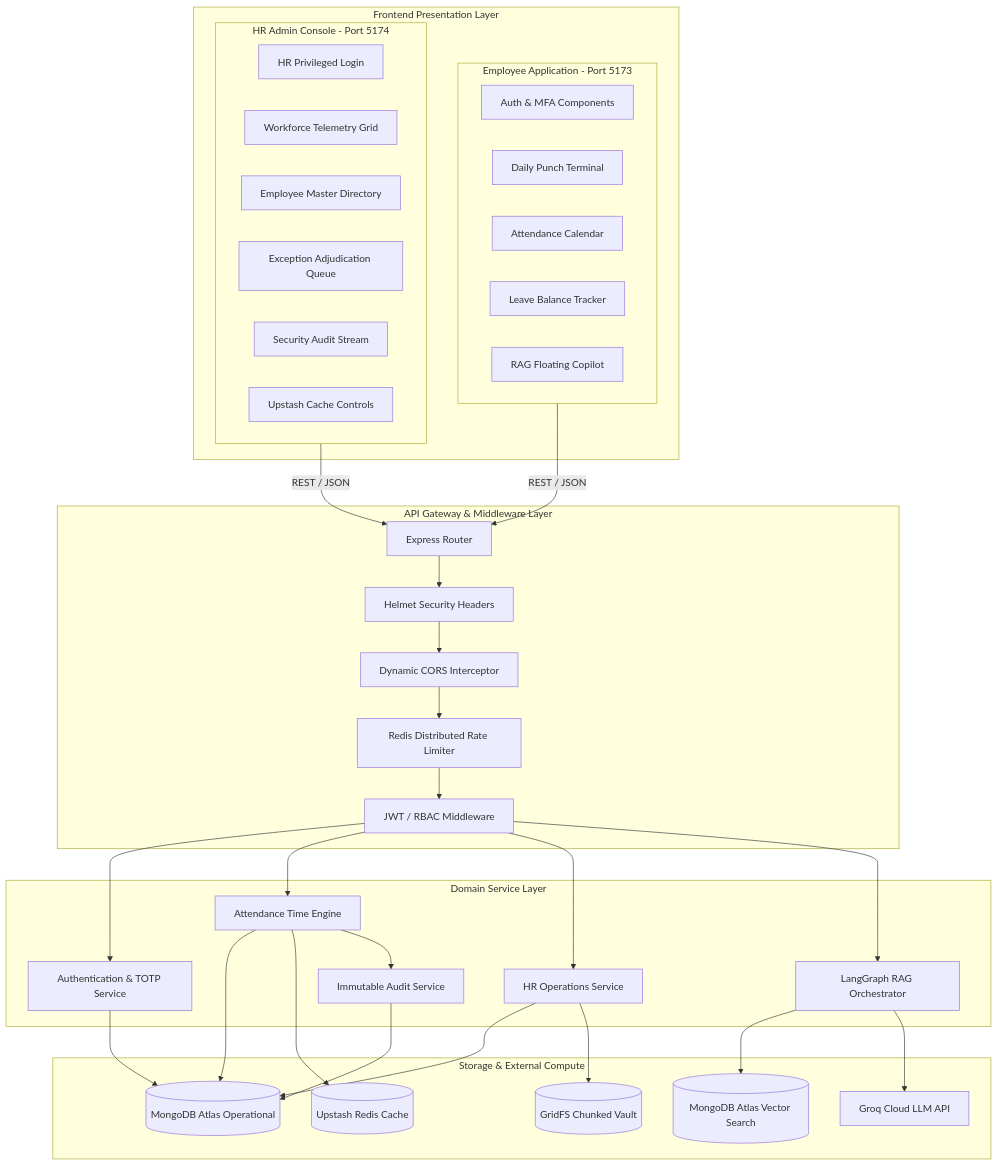
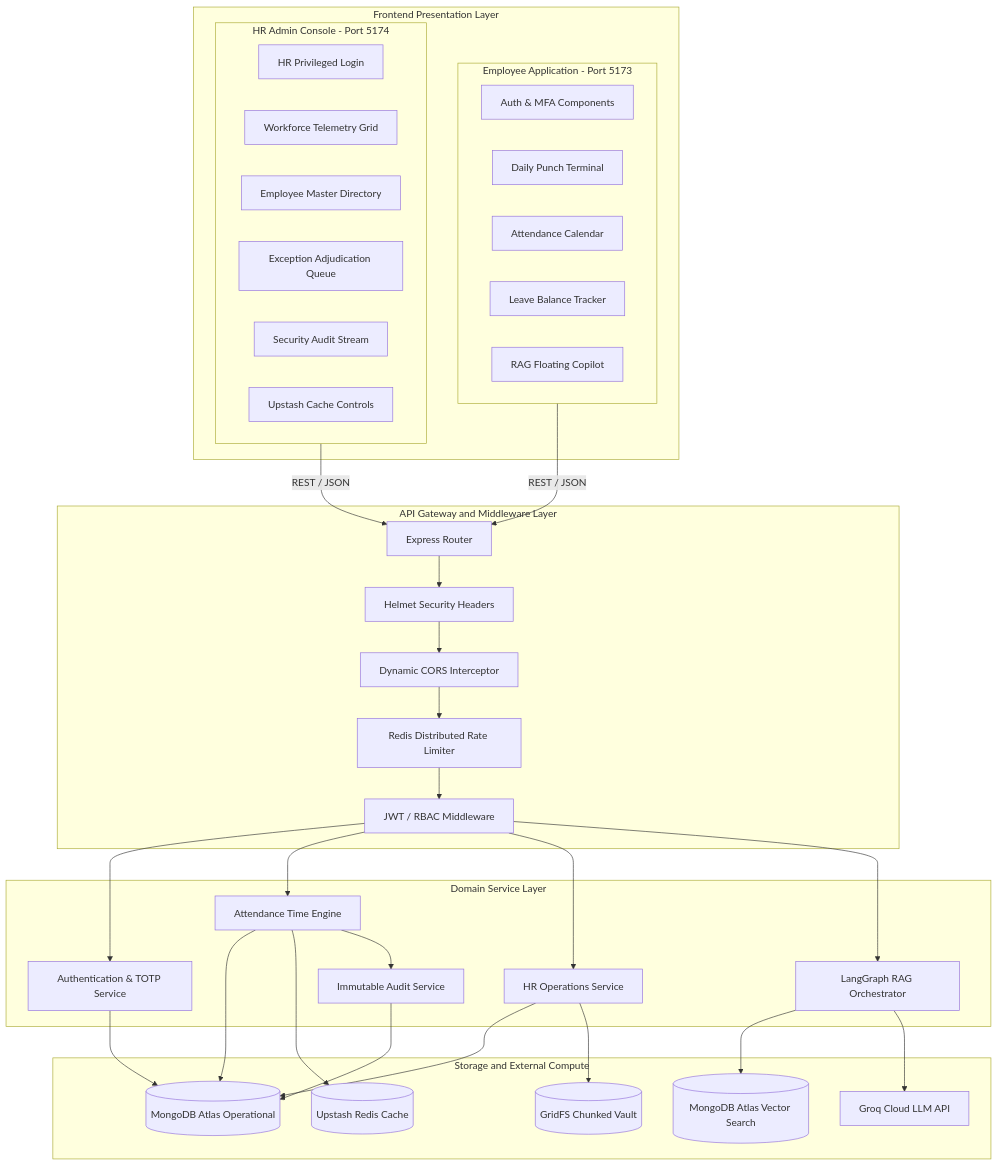
One commit to Abhiroop001/Inner-eye-attendance-system changed the eighth of 18 diagrams in README.md. Above: the diagram before and after it, drawn with Mermaid. The commit also changed other lines of this file, not shown here.

Commit message:
docs: Sanitize Mermaid diagram subgraphs and labels for 100% GitHub markdown renderer compatibility

````diff
--- a/README.md
+++ b/README.md
@@ -490,64 +490,64 @@
 ```mermaid
 flowchart TD
-    subgraph ClientTier [Frontend Presentation Layer]
-        subgraph EmpApp [Employee Application - Port 5173]
-            E_Auth[Auth & MFA Components]
-            E_Dash[Daily Punch Terminal]
-            E_Hist[Attendance Calendar]
-            E_Leave[Leave Balance Tracker]
-            E_AI[RAG Floating Copilot]
+    subgraph ClientTier ["Frontend Presentation Layer"]
+        subgraph EmpApp ["Employee Application - Port 5173"]
+            E_Auth["Auth & MFA Components"]
+            E_Dash["Daily Punch Terminal"]
+            E_Hist["Attendance Calendar"]
+            E_Leave["Leave Balance Tracker"]
+            E_AI["RAG Floating Copilot"]
         end
 
-        subgraph HRApp [HR Admin Console - Port 5174]
-            H_Auth[HR Privileged Login]
-            H_Dash[Workforce Telemetry Grid]
-            H_Dir[Employee Master Directory]
-            H_Queue[Exception Adjudication Queue]
-            H_Audit[Security Audit Stream]
-            H_Cache[Upstash Cache Controls]
+        subgraph HRApp ["HR Admin Console - Port 5174"]
+            H_Auth["HR Privileged Login"]
+            H_Dash["Workforce Telemetry Grid"]
+            H_Dir["Employee Master Directory"]
+            H_Queue["Exception Adjudication Queue"]
+            H_Audit["Security Audit Stream"]
+            H_Cache["Upstash Cache Controls"]
         end
     end
 
-    subgraph GatewayTier [API Gateway & Middleware Layer]
-        ROUTER[Express Router]
-        HELMET[Helmet Security Headers]
-        CORS[Dynamic CORS Interceptor]
-        LIMITER[Redis Distributed Rate Limiter]
-        AUTH_MID[JWT / RBAC Middleware]
+    subgraph GatewayTier ["API Gateway and Middleware Layer"]
+        ROUTER["Express Router"]
+        HELMET["Helmet Security Headers"]
+        CORS["Dynamic CORS Interceptor"]
+        LIMITER["Redis Distributed Rate Limiter"]
+        AUTH_MID["JWT / RBAC Middleware"]
     end
 
-    subgraph ServiceTier [Domain Service Layer]
-        AUTH_SVC[Authentication & TOTP Service]
-        ATT_SVC[Attendance Time Engine]
-        HR_SVC[HR Operations Service]
-        RAG_SVC[LangGraph RAG Orchestrator]
-        AUDIT_SVC[Immutable Audit Service]
+    subgraph ServiceTier ["Domain Service Layer"]
+        AUTH_SVC["Authentication & TOTP Service"]
+        ATT_SVC["Attendance Time Engine"]
+        HR_SVC["HR Operations Service"]
+        RAG_SVC["LangGraph RAG Orchestrator"]
+        AUDIT_SVC["Immutable Audit Service"]
     end
 
-    subgraph DataTier [Storage & External Compute]
-        MONGO_DB[(MongoDB Atlas Operational)]
-        VECTOR_DB[(MongoDB Atlas Vector Search)]
-        GRID_FS[(GridFS Chunked Vault)]
-        REDIS_STORE[(Upstash Redis Cache)]
-        GROQ_LLM[Groq Cloud LLM API]
+    subgraph DataTier ["Storage and External Compute"]
+        MONGO_DB[("MongoDB Atlas Operational")]
+        VECTOR_DB[("MongoDB Atlas Vector Search")]
+        GRID_FS[("GridFS Chunked Vault")]
+        REDIS_STORE[("Upstash Redis Cache")]
+        GROQ_LLM["Groq Cloud LLM API"]
     end
 
-    EmpApp -->|REST / JSON| ROUTER
-    HRApp -->|REST / JSON| ROUTER
+    EmpApp -->|"REST / JSON"| ROUTER
+    HRApp -->|"REST / JSON"| ROUTER
 
     ROUTER --> HELMET --> CORS --> LIMITER --> AUTH_MID
     AUTH_MID --> AUTH_SVC
     AUTH_MID --> ATT_SVC
     AUTH_MID --> HR_SVC
     AUTH_MID --> RAG_SVC
 
     AUTH_SVC --> MONGO_DB
     ATT_SVC --> MONGO_DB
     ATT_SVC --> REDIS_STORE
     ATT_SVC --> AUDIT_SVC
     HR_SVC --> MONGO_DB
     HR_SVC --> GRID_FS
     RAG_SVC --> VECTOR_DB
     RAG_SVC --> GROQ_LLM
     AUDIT_SVC --> MONGO_DB
 ```
````
